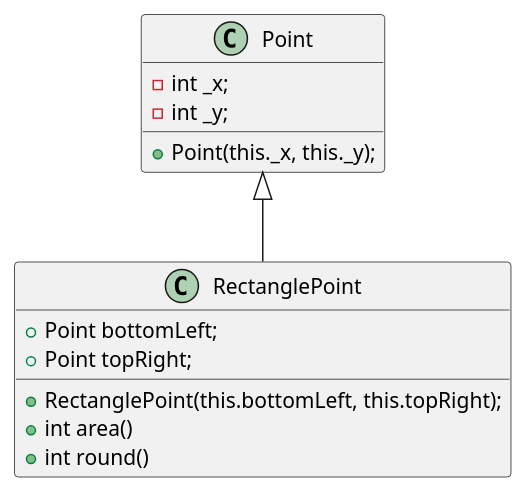
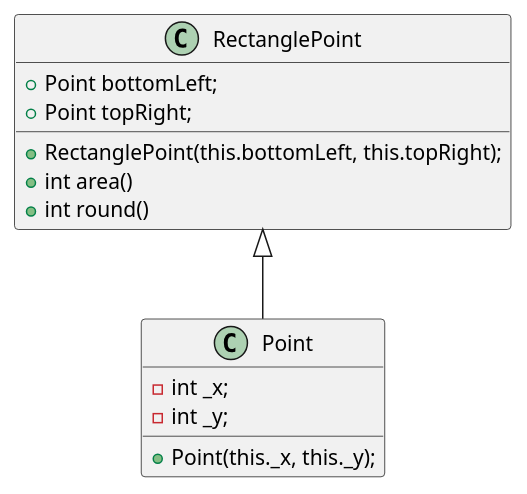
Before and after one commit to orm-camp-flutter-2ki/learn_dart_together: the diagram in lib/240312/rectangle/rectangle.plantuml, drawn with PlantUML. The commit also changed 3 other files, not shown here.

```diff
--- a/lib/240312/rectangle/rectangle.plantuml
+++ b/lib/240312/rectangle/rectangle.plantuml
@@ -1,21 +1,20 @@
 @startuml Rectangle
 
 class RectanglePoint {
   +Point bottomLeft;
   +Point topRight;
 
   +RectanglePoint(this.bottomLeft, this.topRight);
   +int area()
   +int round()
   
 }
 
 class Point {
   -int _x;
   -int _y;
 
   +Point(this._x, this._y);
 }
-Point <|-- RectanglePoint
-
+RectanglePoint <|-- Point
 @enduml
```
